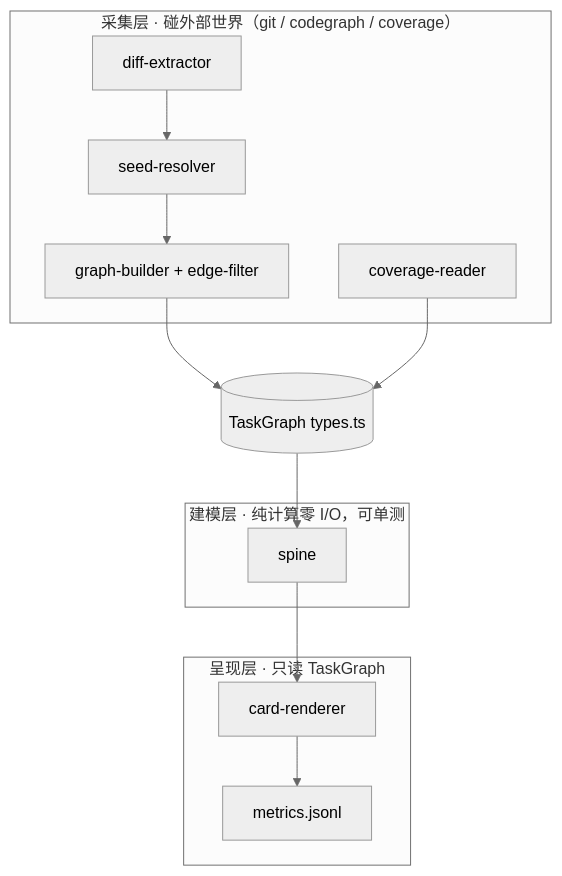
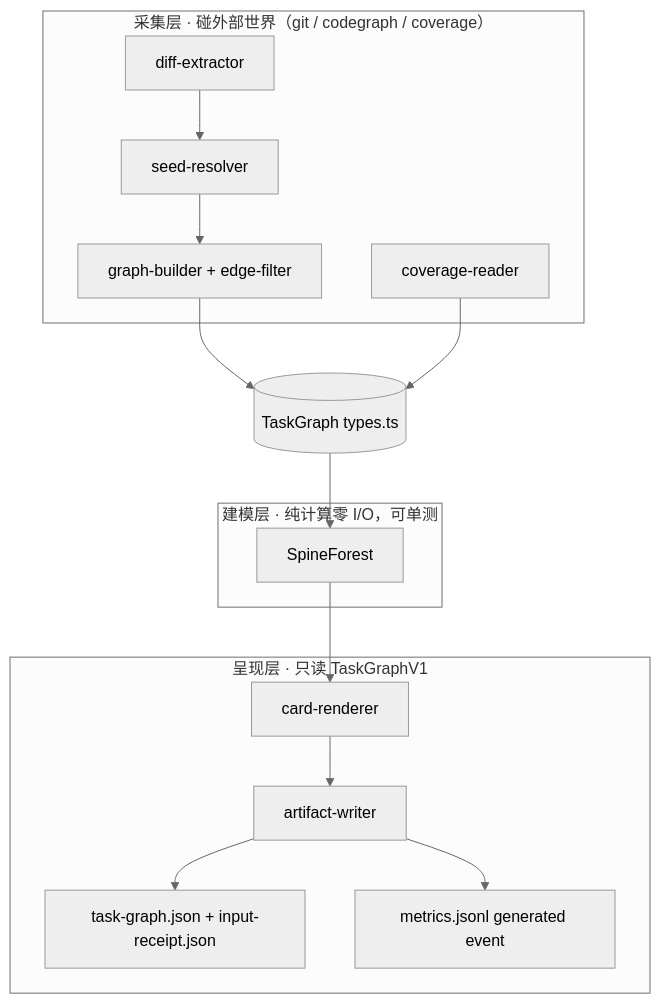
Before and after one commit to Cho-Geer/qoderwork: the diagram in blueprints/blueprint-task-lens-m1.md, drawn with Mermaid (neutral theme). The commit also changed other lines of this file and 4 other files, not shown here.

````diff
--- a/blueprints/blueprint-task-lens-m1.md
+++ b/blueprints/blueprint-task-lens-m1.md
@@ -365,16 +468,18 @@
 ```mermaid
 flowchart TB
     subgraph S1["采集层 · 碰外部世界（git / codegraph / coverage）"]
         DE[diff-extractor] --> SR[seed-resolver] --> GB["graph-builder + edge-filter"]
         CR[coverage-reader]
     end
     subgraph S2["建模层 · 纯计算零 I/O，可单测"]
         SP[spine]
     end
-    subgraph S3["呈现层 · 只读 TaskGraph"]
-        RD[card-renderer] --> MT[metrics.jsonl]
+    subgraph S3["呈现层 · 只读 TaskGraphV1"]
+        RD[card-renderer] --> AW[artifact-writer]
+        AW --> JSON[task-graph.json + input-receipt.json]
+        AW --> MT[metrics.jsonl generated event]
     end
     GB --> TG[(TaskGraph types.ts)]
     CR --> TG
-    TG --> SP --> RD
+    TG --> SP[SpineForest] --> RD
 ```
````
